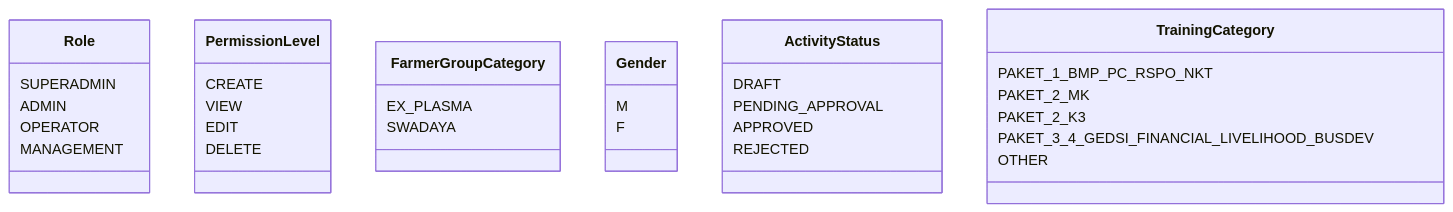
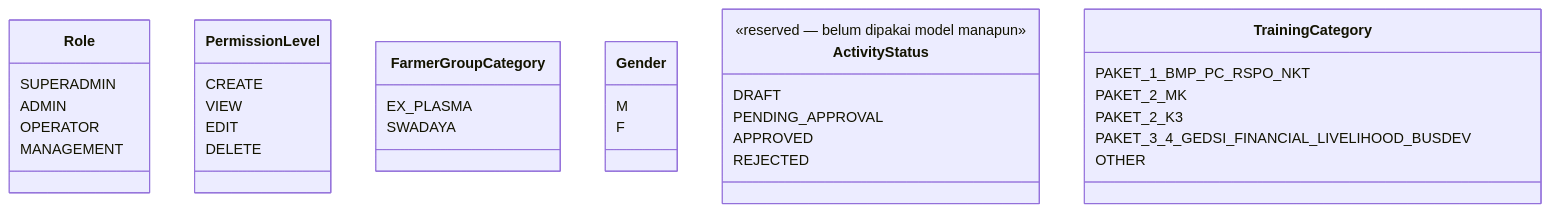
The third of 9 diagrams in docs/database-schema.md (WRI-Indonesia/mis-smallholder-hub), drawn with Mermaid before and after one commit. The commit also changed other lines of this file and 4 other files, not shown here.

Commit message:
docs: update architecture, schema audit, and project structure documentation

````diff
--- a/docs/database-schema.md
+++ b/docs/database-schema.md
@@ -475,41 +476,42 @@
 ```mermaid
 classDiagram
     class Role {
         SUPERADMIN
         ADMIN
         OPERATOR
         MANAGEMENT
     }
 
     class PermissionLevel {
         CREATE
         VIEW
         EDIT
         DELETE
     }
 
     class FarmerGroupCategory {
         EX_PLASMA
         SWADAYA
     }
 
     class Gender {
         M
         F
     }
 
     class ActivityStatus {
+        <<reserved — belum dipakai model manapun>>
         DRAFT
         PENDING_APPROVAL
         APPROVED
         REJECTED
     }
 
     class TrainingCategory {
         PAKET_1_BMP_PC_RSPO_NKT
         PAKET_2_MK
         PAKET_2_K3
         PAKET_3_4_GEDSI_FINANCIAL_LIVELIHOOD_BUSDEV
         OTHER
     }
 ```
````
